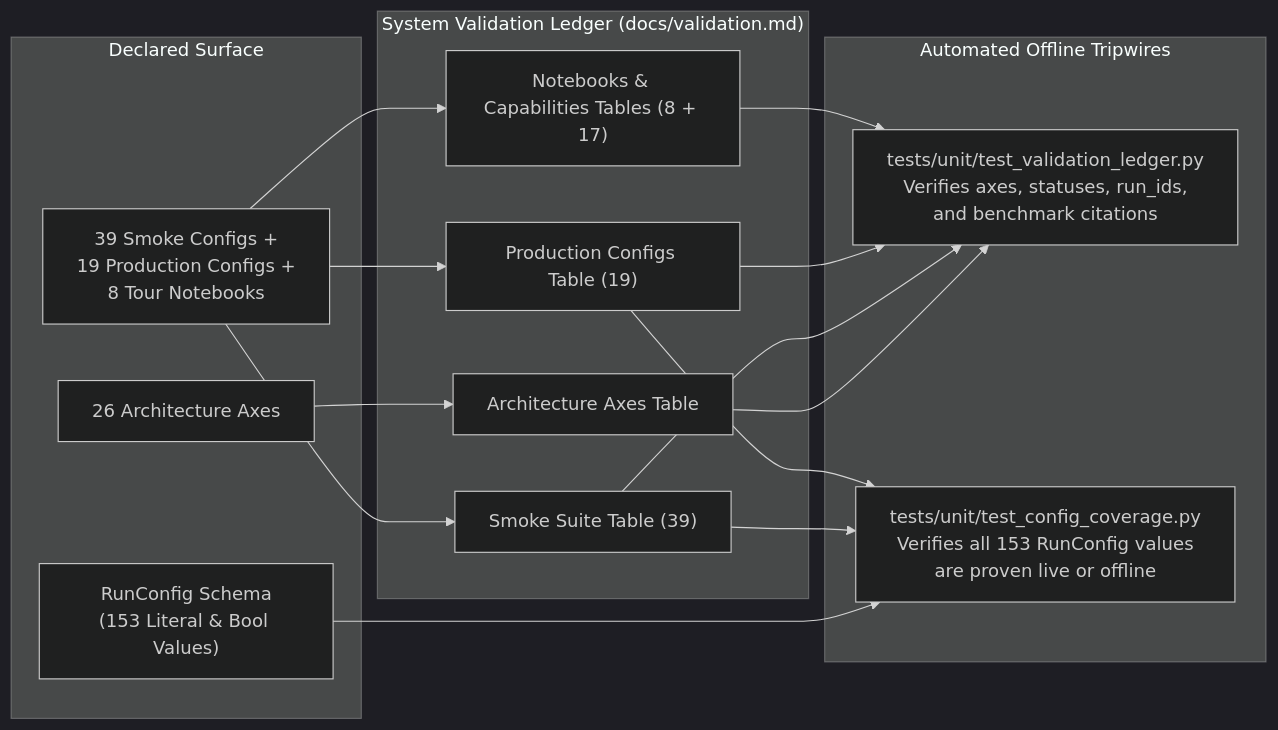
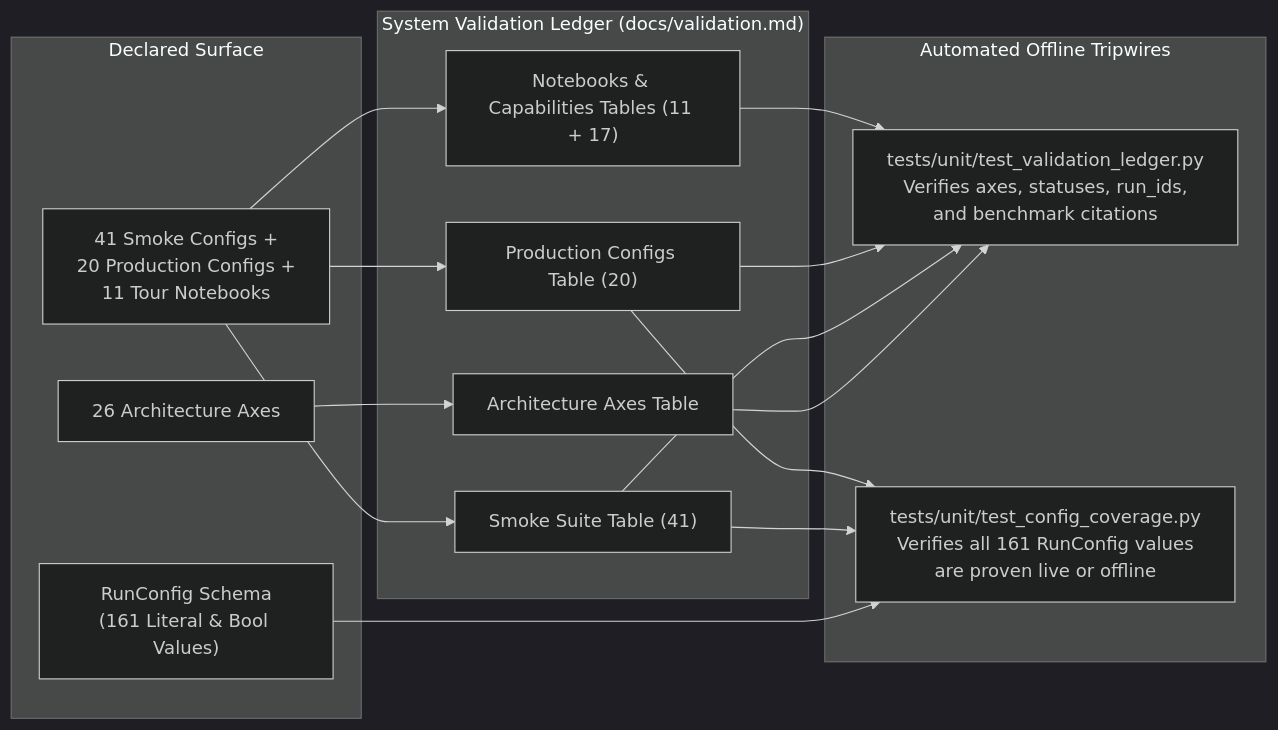
One commit to statmike/scale-forecasting changed the diagram in docs/validation.md. Above: the diagram before and after it, drawn with Mermaid (dark theme). The commit also changed other lines of this file and 59 other files, not shown here.

````diff
--- a/docs/validation.md
+++ b/docs/validation.md
@@ -7,25 +7,25 @@
 ```mermaid
 flowchart LR
     subgraph Surface["Declared Surface"]
         Axes["26 Architecture Axes"]
-        RunCfg["RunConfig Schema\n(153 Literal & Bool Values)"]
-        Configs["39 Smoke Configs +\n19 Production Configs +\n8 Tour Notebooks"]
+        RunCfg["RunConfig Schema\n(161 Literal & Bool Values)"]
+        Configs["41 Smoke Configs +\n20 Production Configs +\n11 Tour Notebooks"]
     end
 
     subgraph Ledger["System Validation Ledger (docs/validation.md)"]
         T1["Architecture Axes Table"]
-        T2["Smoke Suite Table (39)"]
-        T3["Production Configs Table (19)"]
-        T4["Notebooks & Capabilities Tables (8 + 17)"]
+        T2["Smoke Suite Table (41)"]
+        T3["Production Configs Table (20)"]
+        T4["Notebooks & Capabilities Tables (11 + 17)"]
     end
 
     subgraph Gates["Automated Offline Tripwires"]
         VTest["tests/unit/test_validation_ledger.py\nVerifies axes, statuses, run_ids,\nand benchmark citations"]
-        CTest["tests/unit/test_config_coverage.py\nVerifies all 153 RunConfig values\nare proven live or offline"]
+        CTest["tests/unit/test_config_coverage.py\nVerifies all 161 RunConfig values\nare proven live or offline"]
     end
 
     Axes --> T1
     Configs --> T2 & T3 & T4
     T1 & T2 & T3 & T4 --> VTest
     RunCfg & T2 & T3 --> CTest
 ```
````
